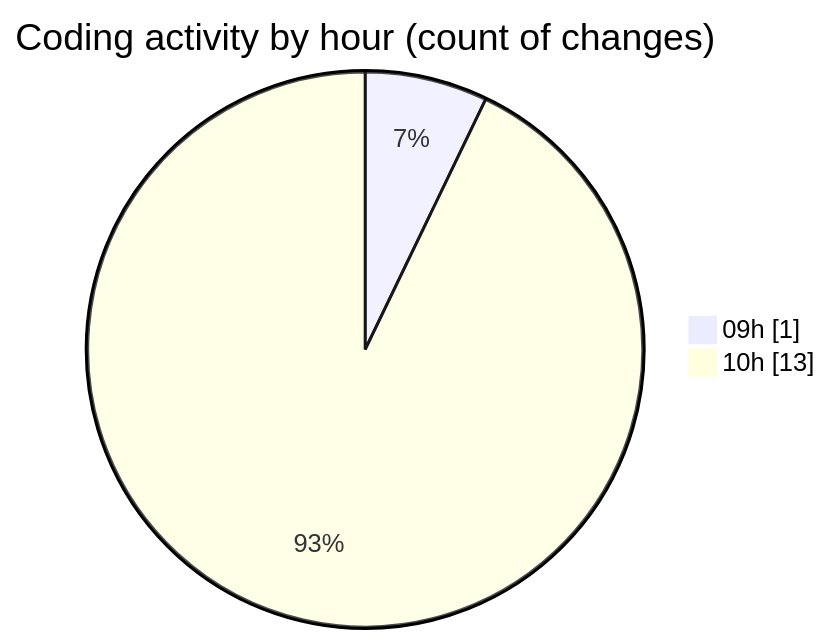
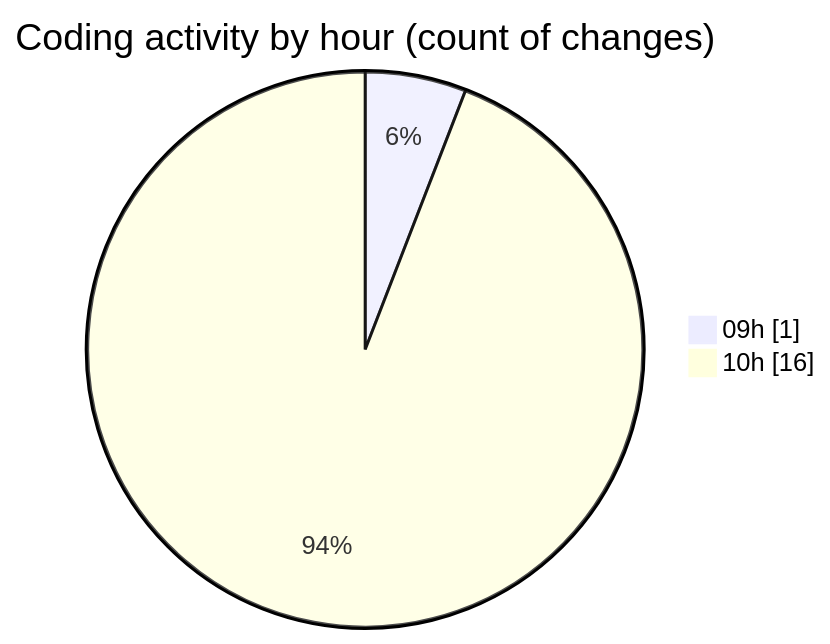
One commit to LanceThiago/code-tracking changed the second of 2 diagrams in 2026-08-25/jogo/README.md. Above: the diagram before and after it, drawn with Mermaid. The commit also changed other lines of this file and 1 other file, not shown here.

````diff
--- a/2026-08-25/jogo/README.md
+++ b/2026-08-25/jogo/README.md
@@ -29,6 +29,6 @@
 ```mermaid
 pie showData
 title Coding activity by hour (count of changes)
 "09h" : 1
-"10h" : 13
+"10h" : 16
 ```
````
